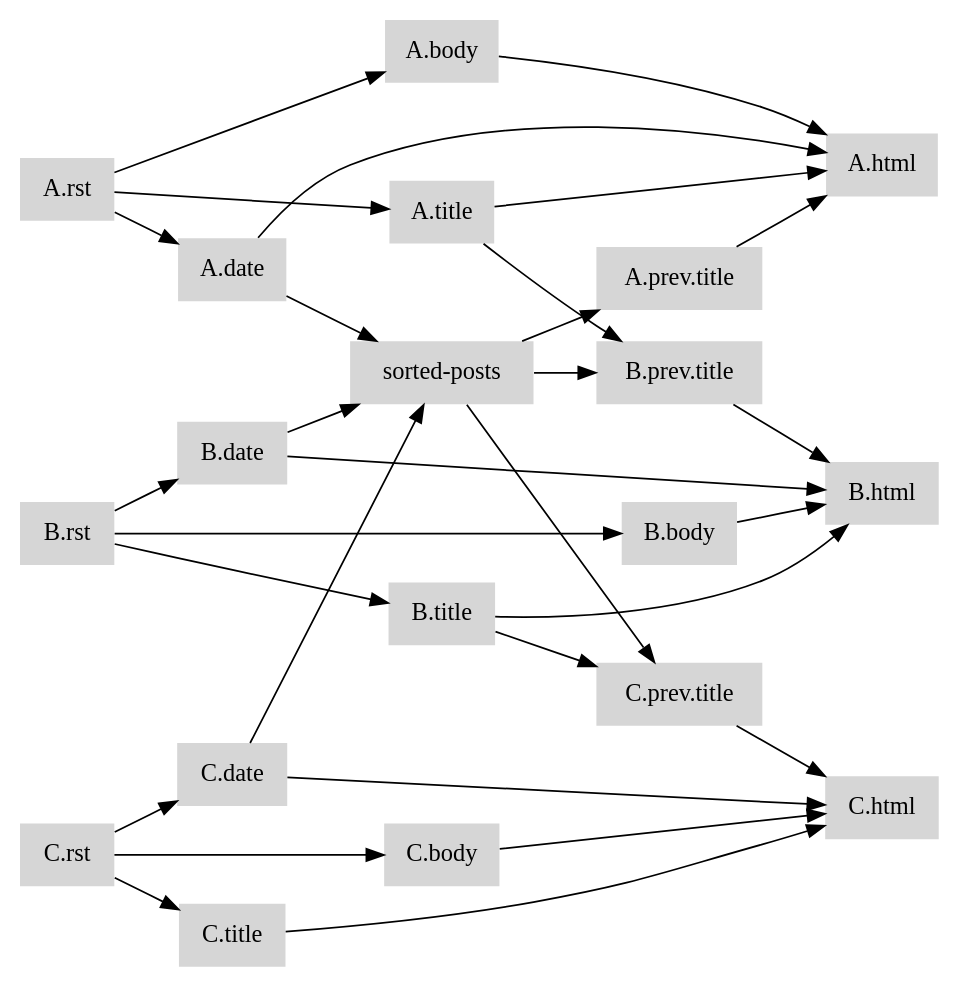
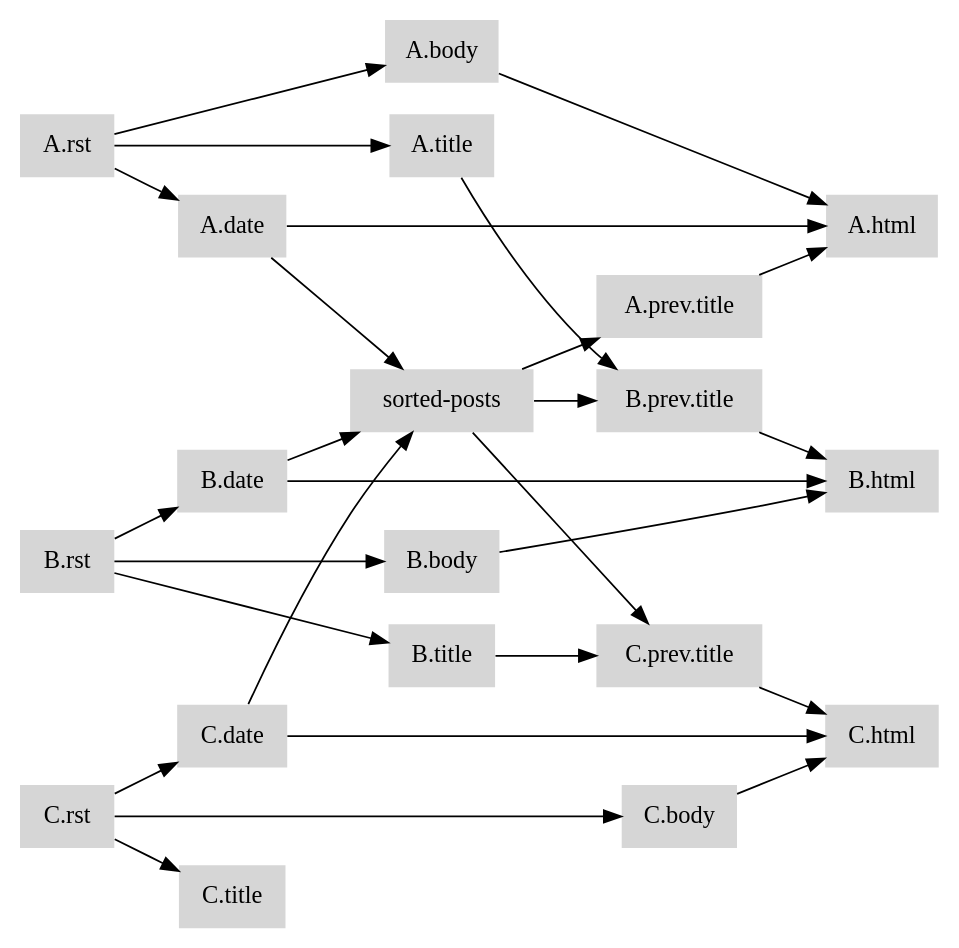
One commit to aosabook/500lines changed the diagram in contingent/diagram3.dot. Above: the diagram before and after it, drawn with Graphviz. The commit also changed 2 other files, not shown here.

```diff
--- a/contingent/diagram3.dot
+++ b/contingent/diagram3.dot
@@ -1,33 +1,30 @@
 digraph {
 graph [rankdir=LR];
 node [shape=rect penwidth=0 style=filled fillcolor="#d6d6d6"];
 "A.body" -> "A.html"
 "A.date" -> "A.html"
 "A.date" -> "sorted-posts"
 "A.prev.title" -> "A.html"
 "A.rst" -> "A.body"
 "A.rst" -> "A.date"
 "A.rst" -> "A.title"
-"A.title" -> "A.html"
 "A.title" -> "B.prev.title"
 "B.body" -> "B.html"
 "B.date" -> "B.html"
 "B.date" -> "sorted-posts"
 "B.prev.title" -> "B.html"
 "B.rst" -> "B.body"
 "B.rst" -> "B.date"
 "B.rst" -> "B.title"
-"B.title" -> "B.html"
 "B.title" -> "C.prev.title"
 "C.body" -> "C.html"
 "C.date" -> "C.html"
 "C.date" -> "sorted-posts"
 "C.prev.title" -> "C.html"
 "C.rst" -> "C.body"
 "C.rst" -> "C.date"
 "C.rst" -> "C.title"
-"C.title" -> "C.html"
 "sorted-posts" -> "A.prev.title"
 "sorted-posts" -> "B.prev.title"
 "sorted-posts" -> "C.prev.title"
 }
```
